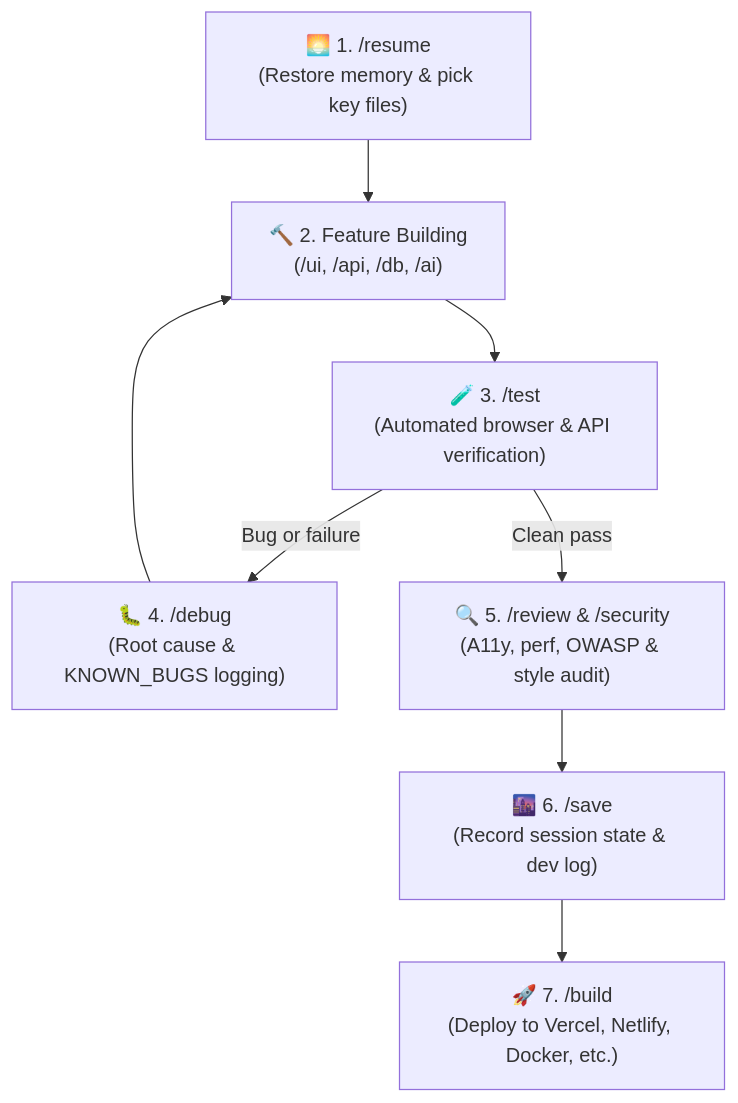
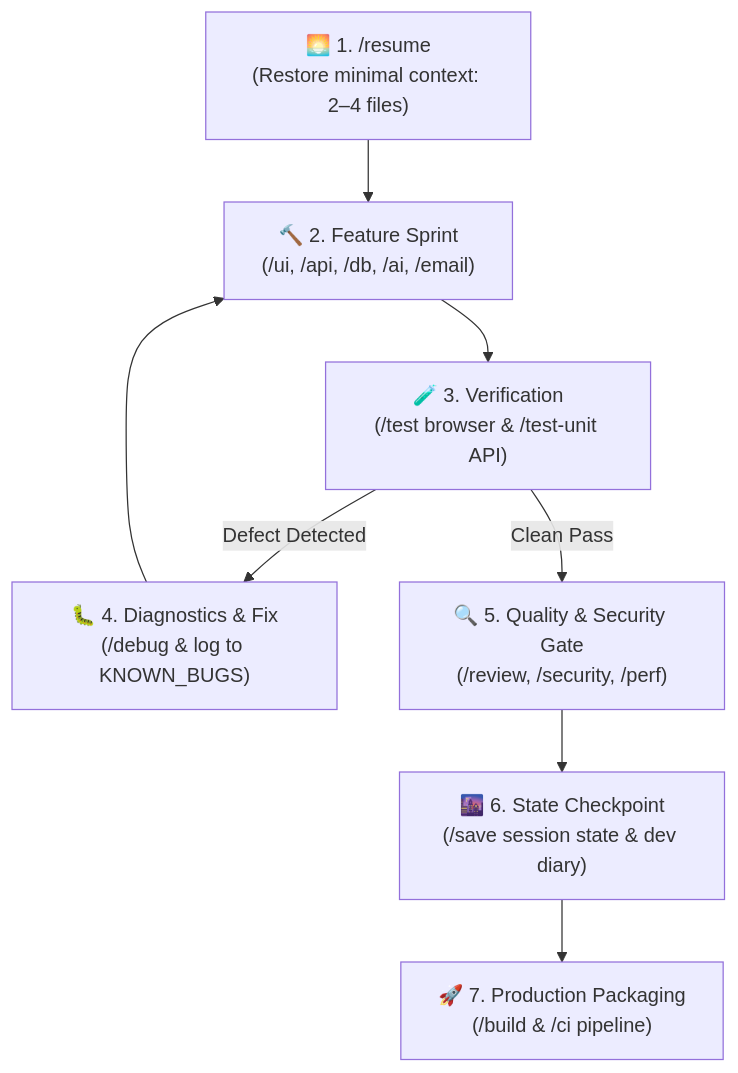
One commit to Samrude1/agentic-fullstack-template changed the diagram in README.md. Above: the diagram before and after it, drawn with Mermaid. The commit also changed other lines of this file and 6 other files, not shown here.

````diff
--- a/README.md
+++ b/README.md
@@ -29,10 +54,10 @@
 ```mermaid
 graph TD
-    A["🌅 1. /resume<br/>(Restore memory & pick key files)"] --> B["🔨 2. Feature Building<br/>(/ui, /api, /db, /ai)"]
-    B --> C["🧪 3. /test<br/>(Automated browser & API verification)"]
-    C -- Bug or failure --> D["🐛 4. /debug<br/>(Root cause & KNOWN_BUGS logging)"]
+    A["🌅 1. /resume<br/>(Restore minimal context: 2–4 files)"] --> B["🔨 2. Feature Sprint<br/>(/ui, /api, /db, /ai, /email)"]
+    B --> C["🧪 3. Verification<br/>(/test browser & /test-unit API)"]
+    C -- Defect Detected --> D["🐛 4. Diagnostics & Fix<br/>(/debug & log to KNOWN_BUGS)"]
     D --> B
-    C -- Clean pass --> E["🔍 5. /review & /security<br/>(A11y, perf, OWASP & style audit)"]
-    E --> F["🌆 6. /save<br/>(Record session state & dev log)"]
-    F --> G["🚀 7. /build<br/>(Deploy to Vercel, Netlify, Docker, etc.)"]
+    C -- Clean Pass --> E["🔍 5. Quality & Security Gate<br/>(/review, /security, /perf)"]
+    E --> F["🌆 6. State Checkpoint<br/>(/save session state & dev diary)"]
+    F --> G["🚀 7. Production Packaging<br/>(/build & /ci pipeline)"]
 ```
````
